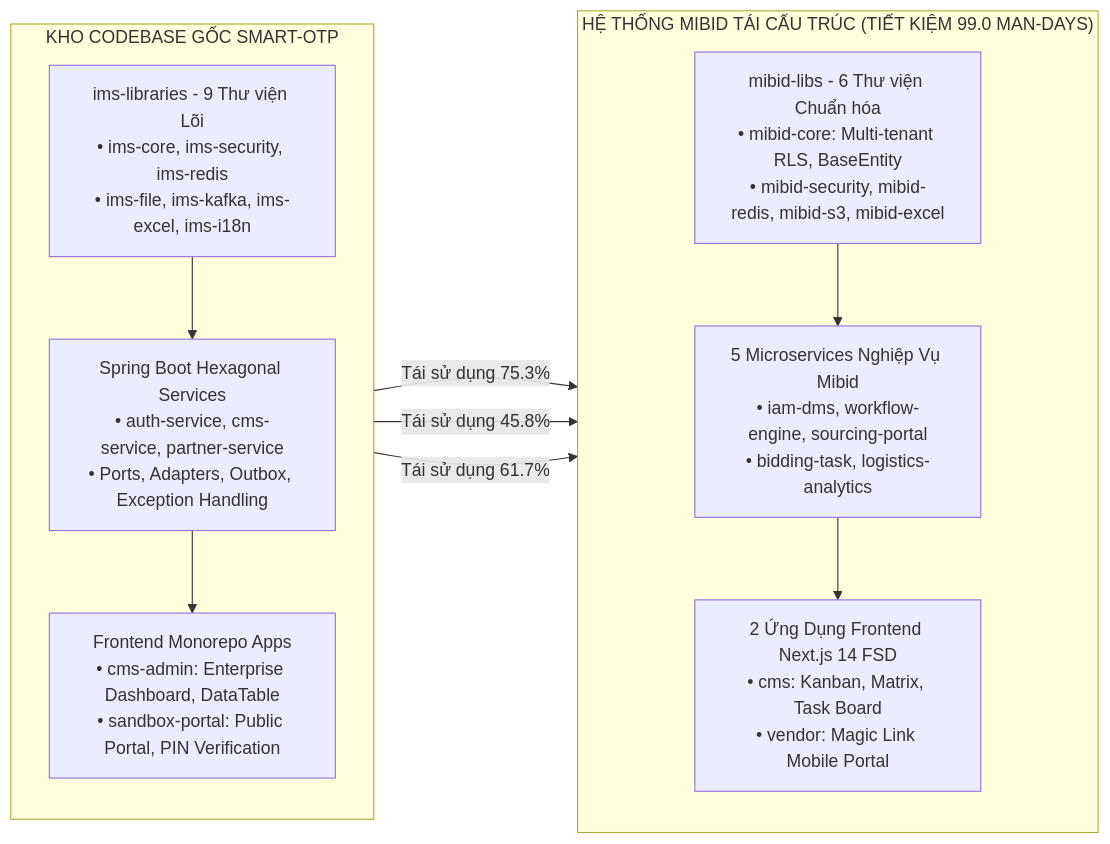
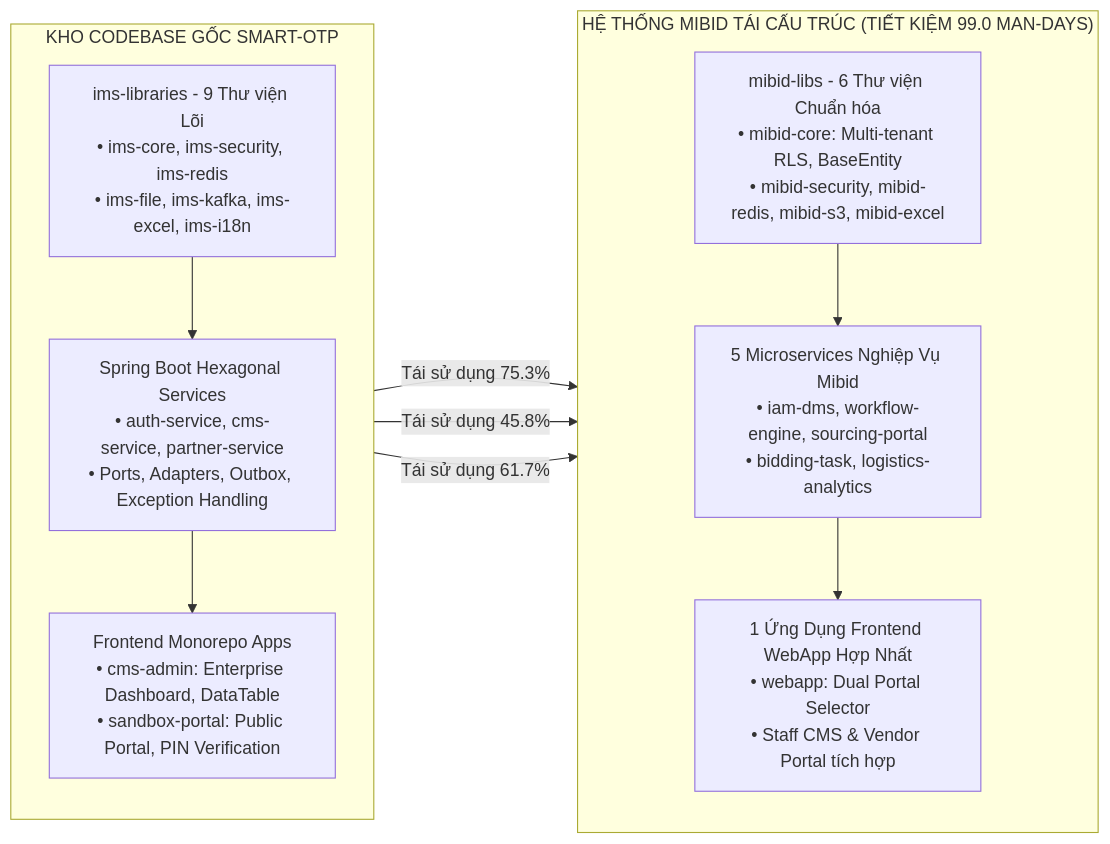
The second of 4 diagrams in plan/dev-plan.md (chapisoft/mibid), drawn with Mermaid before and after one commit. The commit also changed other lines of this file and 58 other files, not shown here.

````diff
--- a/plan/dev-plan.md
+++ b/plan/dev-plan.md
@@ -67,24 +67,24 @@
 ```mermaid
 flowchart LR
     subgraph S_SMART_OTP ["KHO CODEBASE GỐC SMART-OTP"]
         direction TB
         SO_LIBS["ims-libraries - 9 Thư viện Lõi<br/>• ims-core, ims-security, ims-redis<br/>• ims-file, ims-kafka, ims-excel, ims-i18n"]
         SO_BE["Spring Boot Hexagonal Services<br/>• auth-service, cms-service, partner-service<br/>• Ports, Adapters, Outbox, Exception Handling"]
         SO_FE["Frontend Monorepo Apps<br/>• cms-admin: Enterprise Dashboard, DataTable<br/>• sandbox-portal: Public Portal, PIN Verification"]
         SO_LIBS --> SO_BE
         SO_BE --> SO_FE
     end
 
     subgraph S_MIBID_TARGET ["HỆ THỐNG MIBID TÁI CẤU TRÚC (TIẾT KIỆM 99.0 MAN-DAYS)"]
         direction TB
         MB_LIBS["mibid-libs - 6 Thư viện Chuẩn hóa<br/>• mibid-core: Multi-tenant RLS, BaseEntity<br/>• mibid-security, mibid-redis, mibid-s3, mibid-excel"]
         MB_BE["5 Microservices Nghiệp Vụ Mibid<br/>• iam-dms, workflow-engine, sourcing-portal<br/>• bidding-task, logistics-analytics"]
-        MB_FE["2 Ứng Dụng Frontend Next.js 14 FSD<br/>• cms: Kanban, Matrix, Task Board<br/>• vendor: Magic Link Mobile Portal"]
+        MB_FE["1 Ứng Dụng Frontend WebApp Hợp Nhất<br/>• webapp: Dual Portal Selector<br/>• Staff CMS & Vendor Portal tích hợp"]
         MB_LIBS --> MB_BE
         MB_BE --> MB_FE
     end
 
     SO_LIBS -->|"Tái sử dụng 75.3%"| MB_LIBS
     SO_BE -->|"Tái sử dụng 45.8%"| MB_BE
     SO_FE -->|"Tái sử dụng 61.7%"| MB_FE
 ```
````
